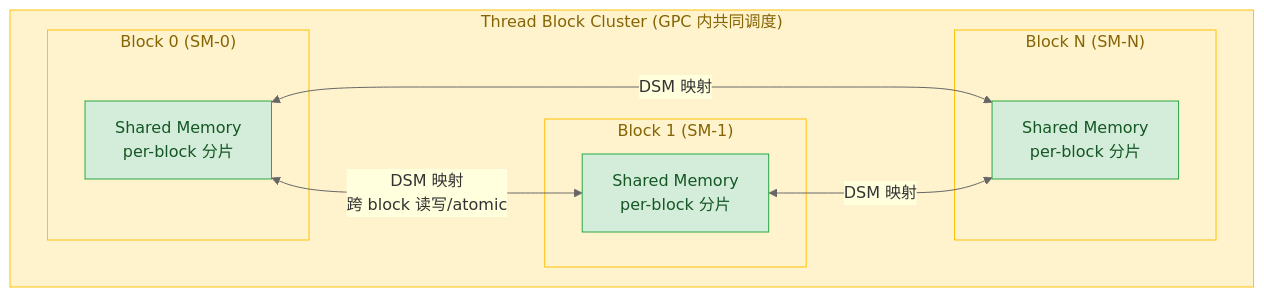
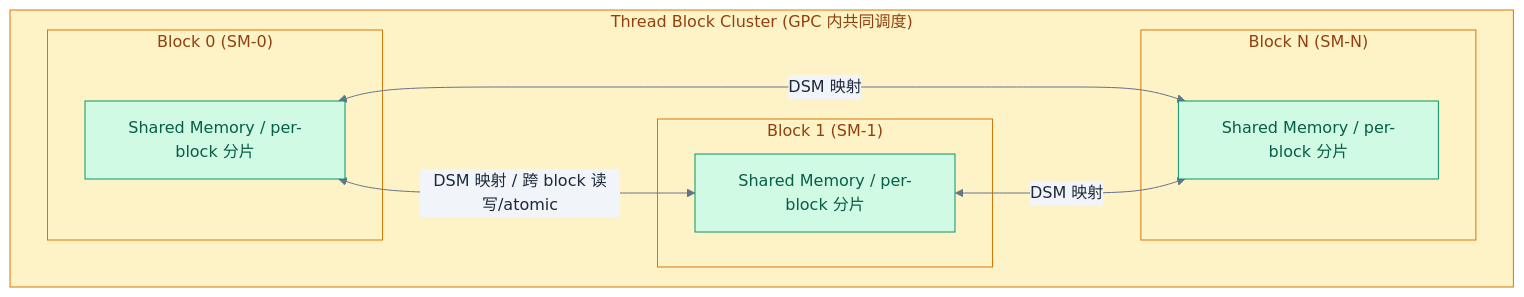
One commit to swjtuer326/cs-learning-notes changed the seventh of 12 diagrams in LLM/NVIDIA-GPU架构演进与LLM.md. Above: the diagram before and after it, drawn with Mermaid. The commit also changed other lines of this file and 10 other files, not shown here.

````diff
--- a/LLM/NVIDIA-GPU架构演进与LLM.md
+++ b/LLM/NVIDIA-GPU架构演进与LLM.md
@@ -328,24 +499,24 @@
 ```mermaid
-%%{init: {"theme": "base", "themeVariables": {"primaryColor": "#ECECFF", "primaryTextColor": "#333333", "primaryBorderColor": "#9370DB", "lineColor": "#666666", "secondaryColor": "#ffffde", "secondaryBorderColor": "#aaaa33", "tertiaryColor": "#f0f0f0", "fontFamily": "\"trebuchet ms\", verdana, arial, sans-serif"}}}%%
+%%{init: {"theme": "base", "themeVariables": {"primaryColor": "#f8fafc", "primaryTextColor": "#1e293b", "primaryBorderColor": "#475569", "lineColor": "#64748b", "secondaryColor": "#f1f5f9", "secondaryBorderColor": "#94a3b8", "tertiaryColor": "#f8fafc", "fontFamily": "\"trebuchet ms\", verdana, arial, sans-serif"}}}%%
 flowchart TD
     subgraph "Thread Block Cluster (GPC 内共同调度)"
         subgraph "Block 0 (SM-0)"
-            SMEM0["Shared Memory\nper-block 分片"]
+            SMEM0["Shared Memory / per-block 分片"]
         end
         subgraph "Block 1 (SM-1)"
-            SMEM1["Shared Memory\nper-block 分片"]
+            SMEM1["Shared Memory / per-block 分片"]
         end
         subgraph "Block N (SM-N)"
-            SMEMN["Shared Memory\nper-block 分片"]
+            SMEMN["Shared Memory / per-block 分片"]
         end
     end
 
-    SMEM0 <-->|"DSM 映射\n跨 block 读写/atomic"| SMEM1
+    SMEM0 <-->|"DSM 映射 / 跨 block 读写/atomic"| SMEM1
     SMEM0 <-->|"DSM 映射"| SMEMN
     SMEM1 <-->|"DSM 映射"| SMEMN
 
-    classDef cluster fill:#fff3cd,stroke:#ffc107,color:#856404
-    classDef smem fill:#d4edda,stroke:#28a745,color:#155724
+    classDef cluster fill:#fef3c7,stroke:#d97706,color:#92400e
+    classDef smem fill:#d1fae5,stroke:#059669,color:#065f46
 
     class SMEM0,SMEM1,SMEMN smem
 ```
````
